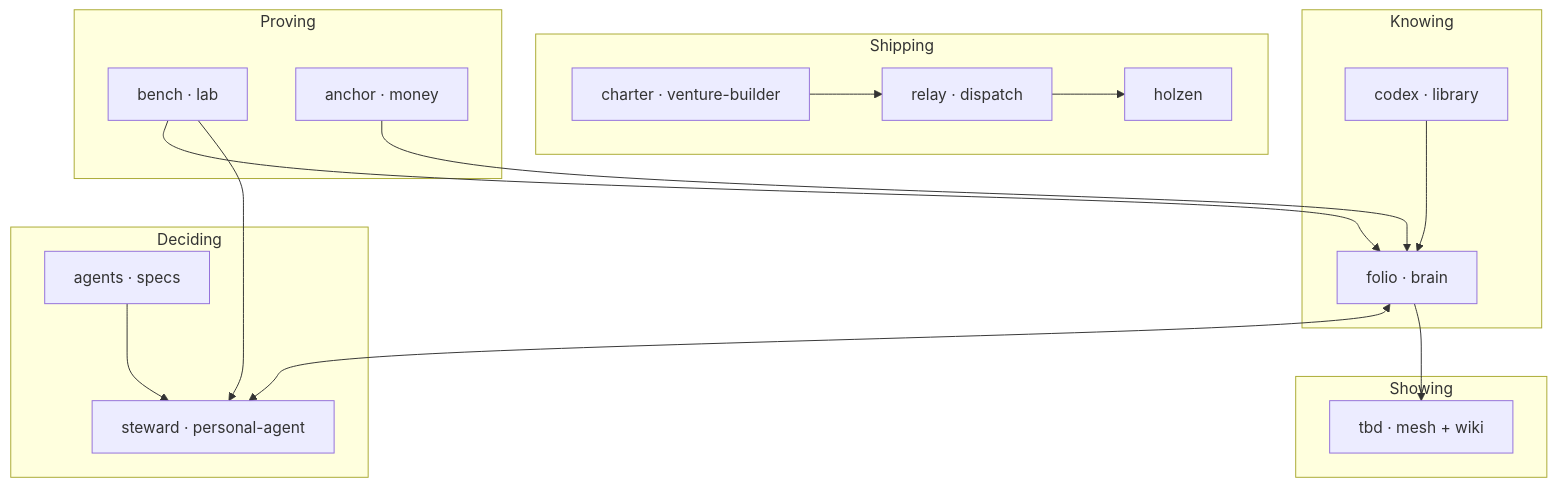
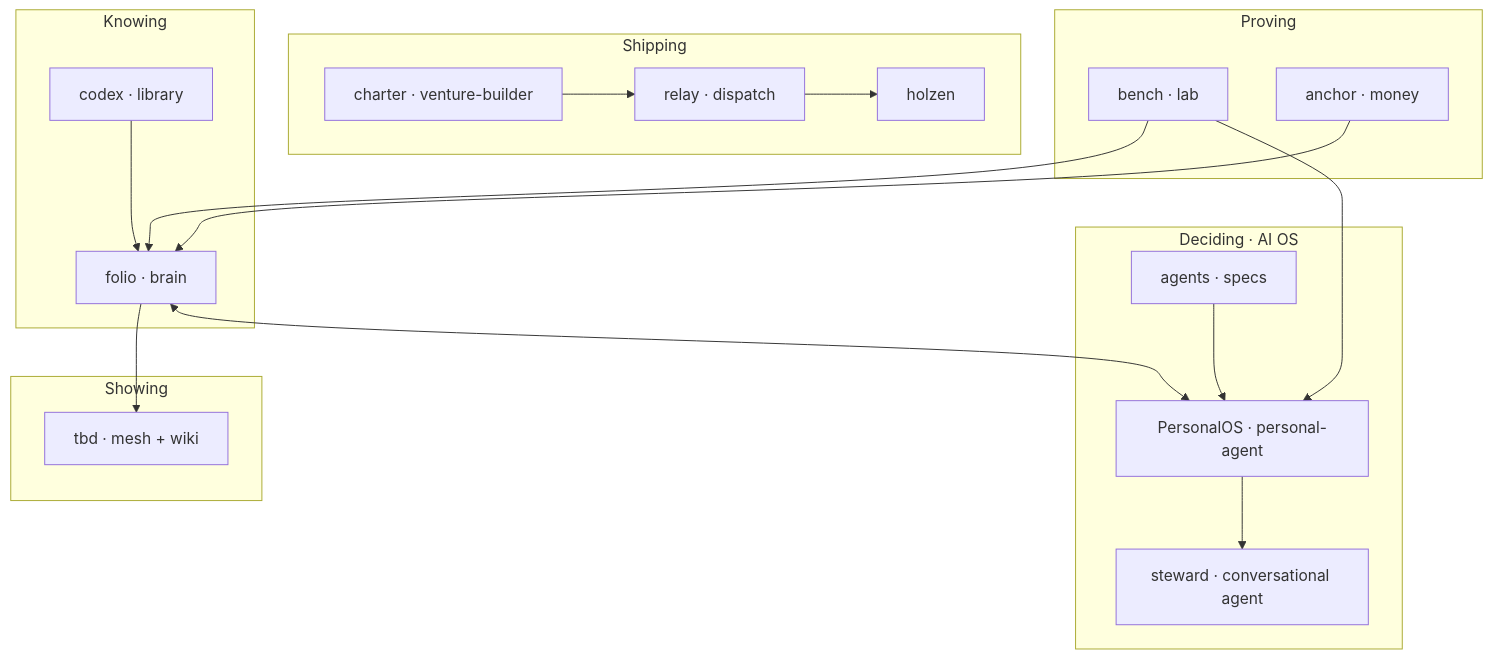
Before and after one commit to Angelguirao/projects: the diagram in README.md, drawn with Mermaid. The commit also changed other lines of this file, not shown here.

````diff
--- a/README.md
+++ b/README.md
@@ -28,35 +28,37 @@
 ```mermaid
 flowchart TB
   subgraph know["Knowing"]
     LIB[codex · library]
     FOL[folio · brain]
     LIB --> FOL
   end
 
-  subgraph decide["Deciding"]
+  subgraph decide["Deciding · AI OS"]
+    OS[PersonalOS · personal-agent]
     AG[agents · specs]
-    ST[steward · personal-agent]
-    FOL <--> ST
-    AG --> ST
+    ST[steward · conversational agent]
+    FOL <--> OS
+    AG --> OS
+    OS --> ST
   end
 
   subgraph show["Showing"]
     MESH[tbd · mesh + wiki]
     FOL --> MESH
   end
 
   subgraph ship["Shipping"]
     HOL[holzen]
     CHR[charter · venture-builder]
     REL[relay · dispatch]
     CHR --> REL --> HOL
   end
 
   subgraph prove["Proving"]
     LAB[bench · lab]
     MON[anchor · money]
     LAB --> FOL
-    LAB --> ST
+    LAB --> OS
     MON --> FOL
   end
 ```
````
